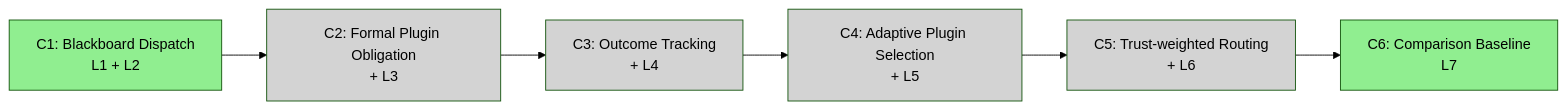
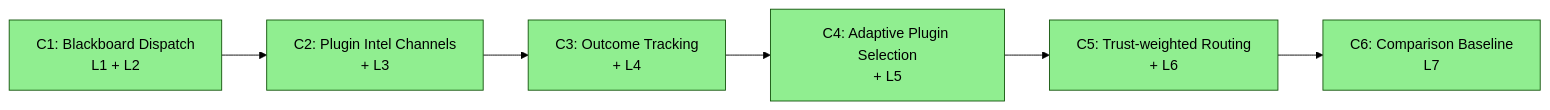
One commit to casehubio/quarkmind changed the fourth of 4 diagrams in ARC42STORIES.MD. Above: the diagram before and after it, drawn with Mermaid (forest theme). The commit also changed other lines of this file, not shown here.

Commit message:
docs(arc42): §9.2 metadata — C2 retitle, C2-C5 status, Mermaid, sequencing rationale, C6 DECLINE ref — Closes #198

````diff
--- a/ARC42STORIES.MD
+++ b/ARC42STORIES.MD
@@ -348,18 +348,18 @@
 ```mermaid
 flowchart LR
   C1["C1: Blackboard Dispatch\nL1 + L2"]
-  C2["C2: Formal Plugin Obligation\n+ L3"]
+  C2["C2: Plugin Intel Channels\n+ L3"]
   C3["C3: Outcome Tracking\n+ L4"]
   C4["C4: Adaptive Plugin Selection\n+ L5"]
   C5["C5: Trust-weighted Routing\n+ L6"]
   C6["C6: Comparison Baseline\nL7"]
 
   C1 --> C2 --> C3 --> C4 --> C5 --> C6
 
   style C1 fill:#90EE90,color:#000
-  style C2 fill:#D3D3D3,color:#000
-  style C3 fill:#D3D3D3,color:#000
-  style C4 fill:#D3D3D3,color:#000
-  style C5 fill:#D3D3D3,color:#000
+  style C2 fill:#90EE90,color:#000
+  style C3 fill:#90EE90,color:#000
+  style C4 fill:#90EE90,color:#000
+  style C5 fill:#90EE90,color:#000
   style C6 fill:#90EE90,color:#000
 ```
````
